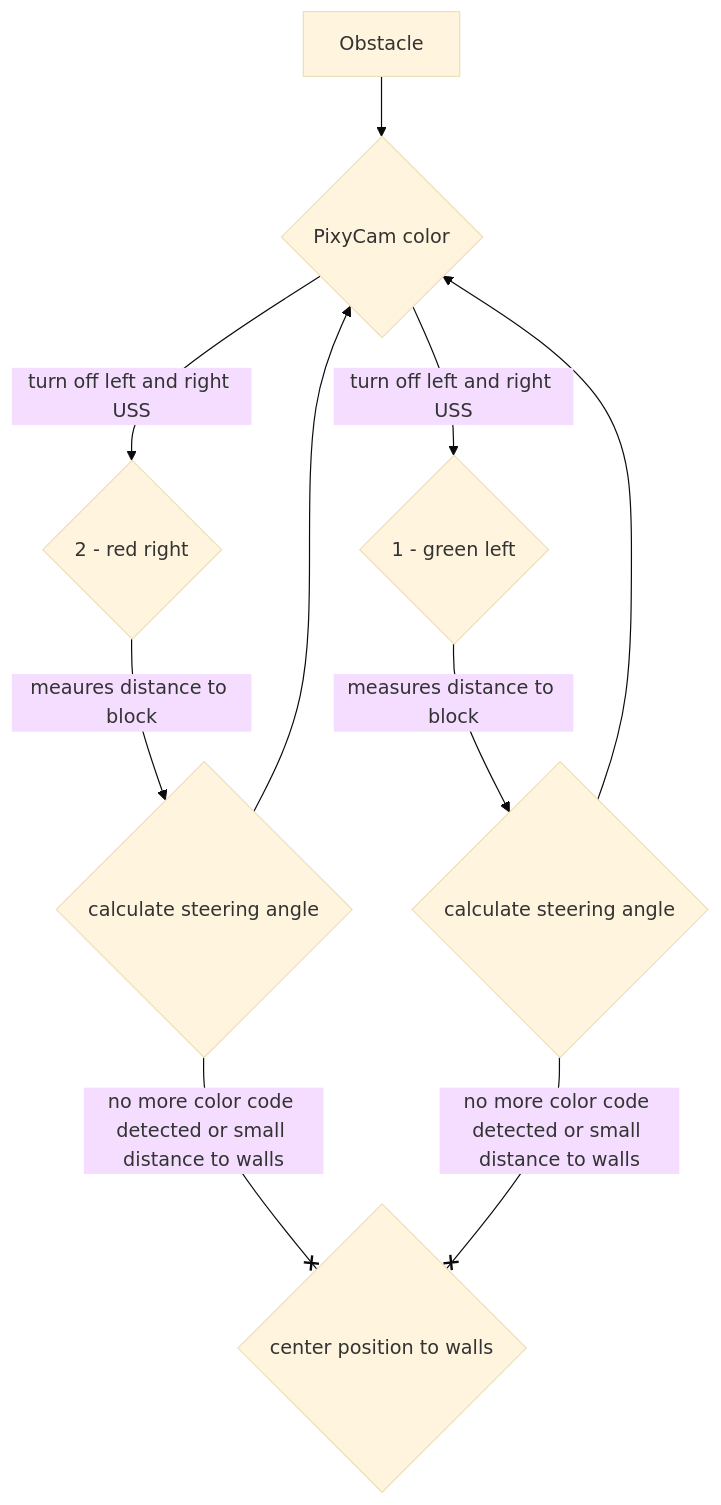
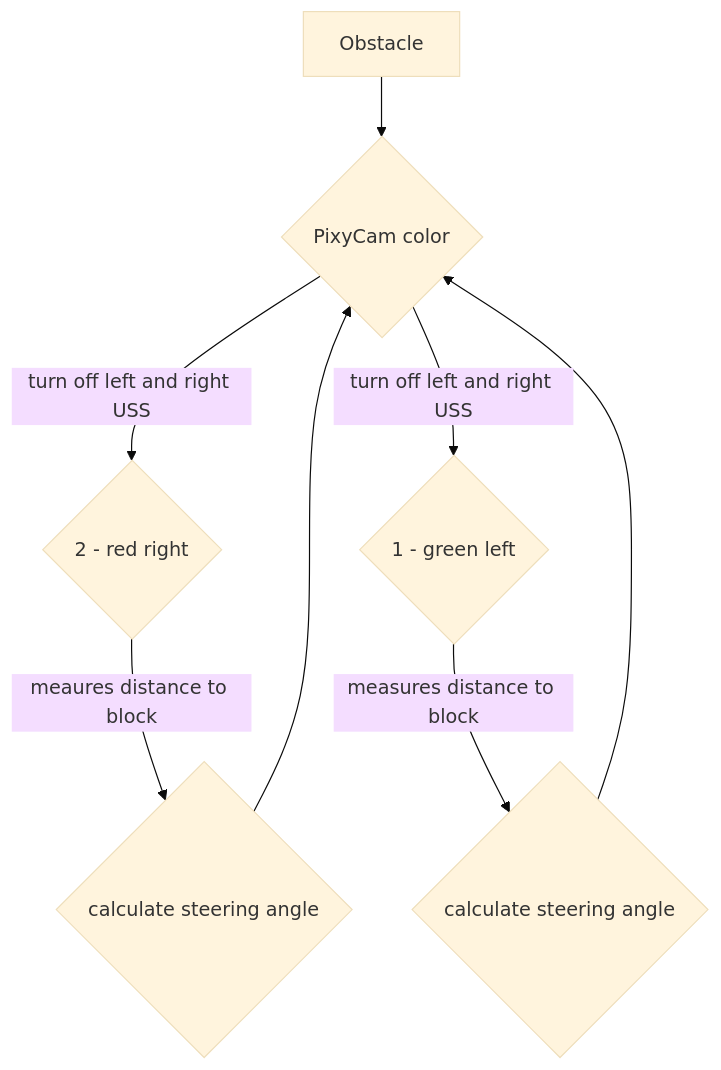
Before and after one commit to SchroedingersBit/PfortGTPanama: the first of 2 diagrams in programming/ObstacleChallenge/README.md, drawn with Mermaid (base theme).

````diff
--- a/programming/ObstacleChallenge/README.md
+++ b/programming/ObstacleChallenge/README.md
@@ -6,8 +6,7 @@
 ```mermaid
 flowchart TB;
 Obstacle --> P{PixyCam color} -->|turn off left and right USS| R{2 - red right} & G{1 - green left};
 R -->|meaures distance to block| RU{calculate steering angle};
 G -->|measures distance to block| LU{calculate steering angle};
 RU & LU --> P
-RU & LU --x |no more color code detected or small distance to walls| B{center position to walls};
 ```
````
